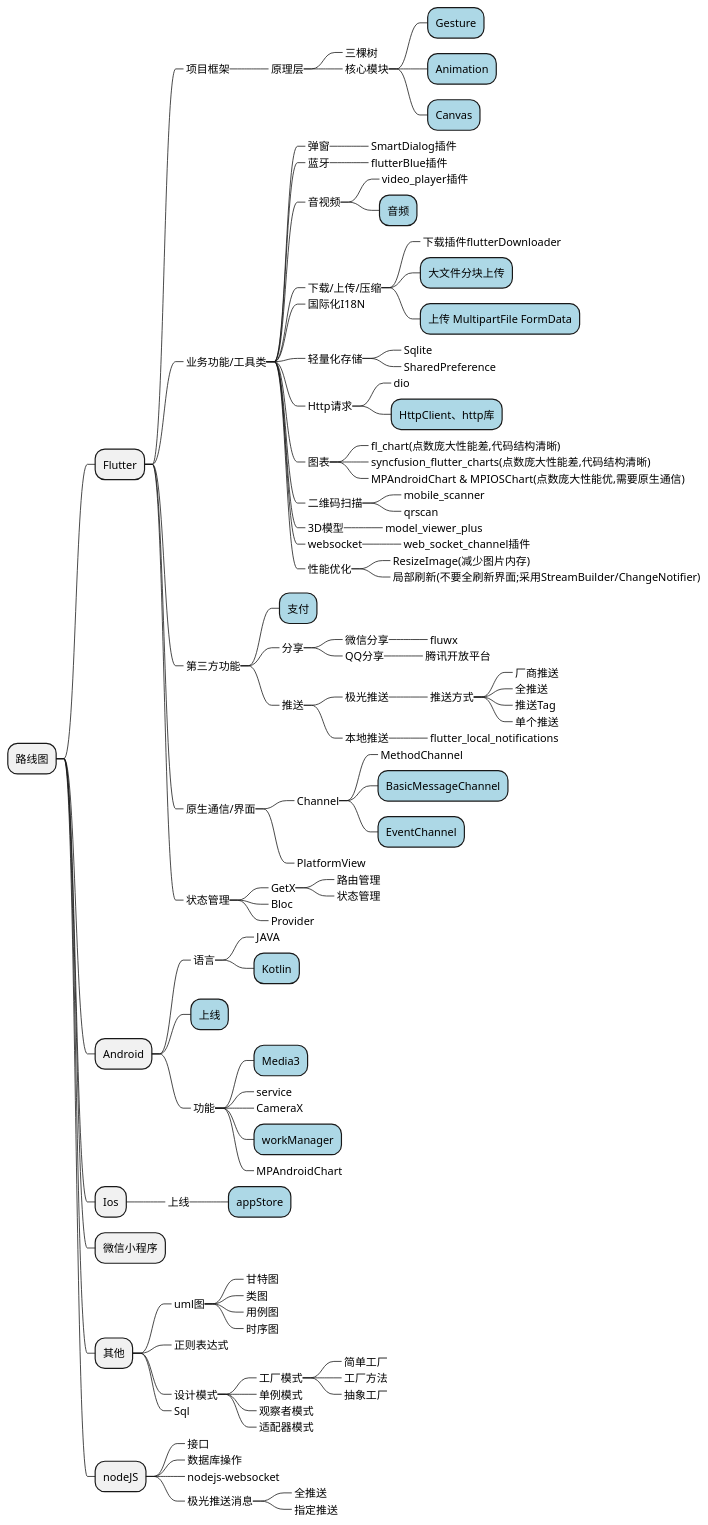
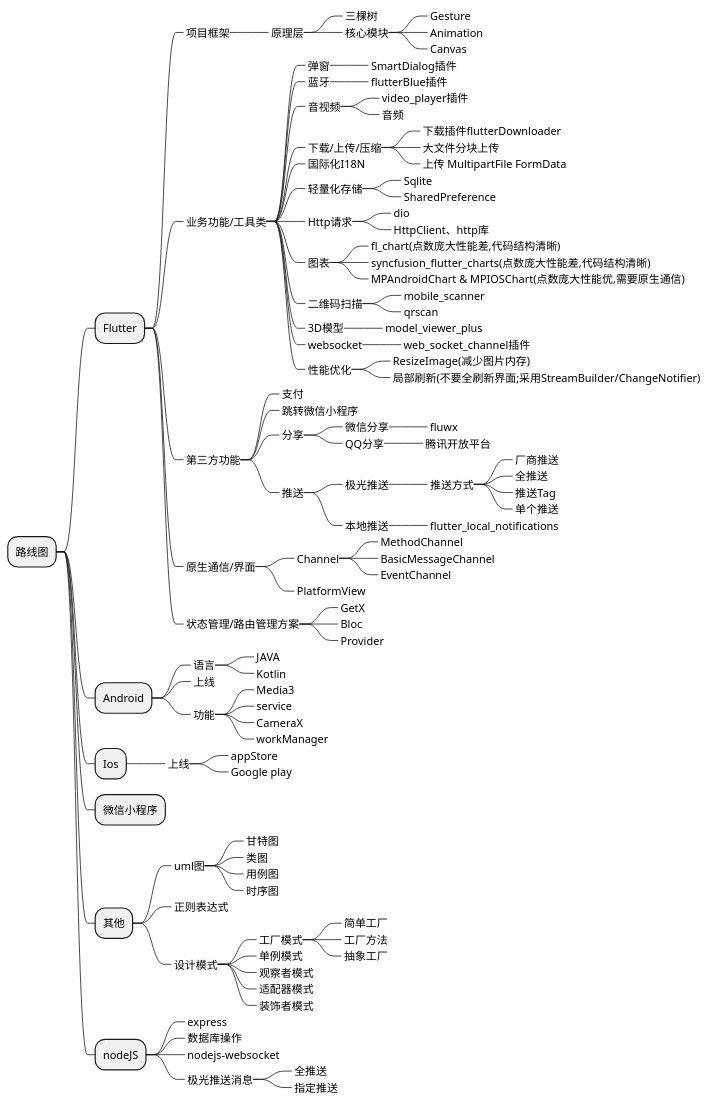
The diagram in schedule.pu (HEROhuqinchao/flutter_bilibili_getx), drawn with PlantUML before and after one commit. The commit also changed 4 other files, not shown here.

```diff
--- a/schedule.pu
+++ b/schedule.pu
@@ -1,122 +1,120 @@
 @startmindmap
 * 路线图
 
 ** Flutter
 ***_ 项目框架
 ****_ 原理层
 *****_ 三棵树
 *****_ 核心模块
-******[#lightblue] Gesture
-******[#lightblue] Animation
-******[#lightblue] Canvas
+******_ Gesture
+******_ Animation
+******_ Canvas
 
 ***_ 业务功能/工具类
 ****_ 弹窗
 *****_ SmartDialog插件
 ****_ 蓝牙
 *****_ flutterBlue插件
 ****_ 音视频
 *****_ video_player插件
-*****[#lightblue] 音频
+*****_ 音频
 ****_ 下载/上传/压缩
 *****_ 下载插件flutterDownloader
-*****[#lightblue] 大文件分块上传
-*****[#lightblue] 上传 MultipartFile FormData
+*****_ 大文件分块上传
+*****_ 上传 MultipartFile FormData
 ****_ 国际化I18N
 ****_ 轻量化存储
 *****_ Sqlite
 *****_ SharedPreference
 ****_ Http请求
 *****_ dio
-*****[#lightblue] HttpClient、http库
+*****_ HttpClient、http库
 ****_ 图表
 *****_ fl_chart(点数庞大性能差,代码结构清晰)
 *****_ syncfusion_flutter_charts(点数庞大性能差,代码结构清晰)
 *****_ MPAndroidChart & MPIOSChart(点数庞大性能优,需要原生通信)
 ****_ 二维码扫描
 *****_ mobile_scanner
 *****_ qrscan
 ****_ 3D模型
 *****_ model_viewer_plus
 ****_ websocket
 *****_ web_socket_channel插件
 ****_ 性能优化
 *****_ ResizeImage(减少图片内存)
 *****_ 局部刷新(不要全刷新界面;采用StreamBuilder/ChangeNotifier)
 
 ***_ 第三方功能
-****[#lightblue] 支付
+****_ 支付
+****_ 跳转微信小程序
 ****_ 分享
 *****_ 微信分享
 ******_ fluwx
 *****_ QQ分享
 ******_ 腾讯开放平台
 ****_ 推送
 *****_ 极光推送
 ******_ 推送方式
 *******_ 厂商推送
 *******_ 全推送
 *******_ 推送Tag
 *******_ 单个推送
 *****_ 本地推送
 ******_ flutter_local_notifications
 
 ***_ 原生通信/界面
 ****_ Channel
 *****_ MethodChannel
-*****[#lightblue] BasicMessageChannel
-*****[#lightblue] EventChannel
+*****_ BasicMessageChannel
+*****_ EventChannel
 
 ****_ PlatformView
 
-***_ 状态管理
+***_ 状态管理/路由管理方案
 ****_ GetX
-*****_ 路由管理
-*****_ 状态管理
 ****_ Bloc
 ****_ Provider
 
 ** Android
 ***_ 语言
 ****_ JAVA
-****[#lightblue] Kotlin
-***[#lightblue] 上线
+****_ Kotlin
+***_ 上线
 ***_ 功能
-****[#lightblue] Media3
+****_ Media3
 ****_ service
 ****_ CameraX
-****[#lightblue] workManager
-****_ MPAndroidChart
+****_ workManager
 
 ** Ios
 ***_ 上线
-****[#lightblue] appStore
+****_ appStore
+****_ Google play
 
 ** 微信小程序
 
 ** 其他
 ***_ uml图
 ****_ 甘特图
 ****_ 类图
 ****_ 用例图
 ****_ 时序图
 ***_ 正则表达式
 ***_ 设计模式
 ****_ 工厂模式
 *****_ 简单工厂
 *****_ 工厂方法
 *****_ 抽象工厂
 ****_ 单例模式
 ****_ 观察者模式
 ****_ 适配器模式
-
-***_ Sql
+****_ 装饰者模式
 
 ** nodeJS
-***_ 接口
+***_ express
 ***_ 数据库操作
 ***_ nodejs-websocket
 ***_ 极光推送消息
 ****_ 全推送
 ****_ 指定推送
 @endmindmap
```
